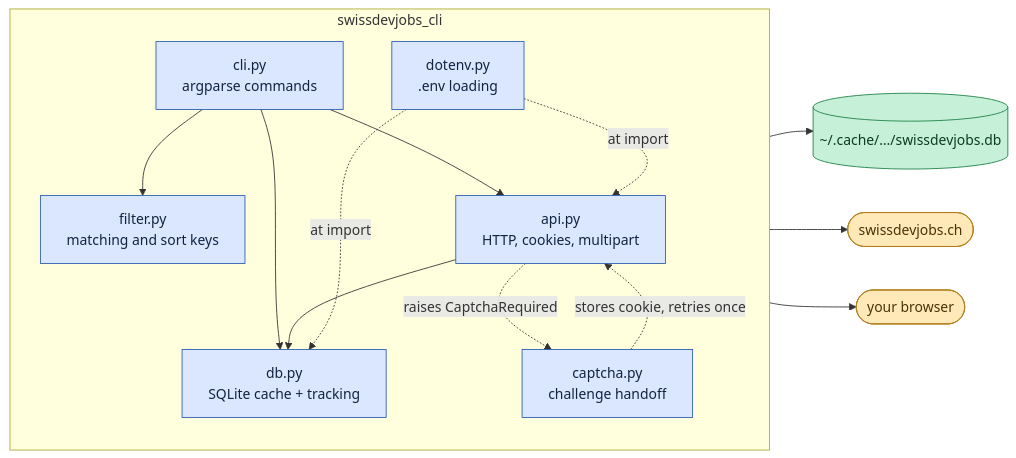
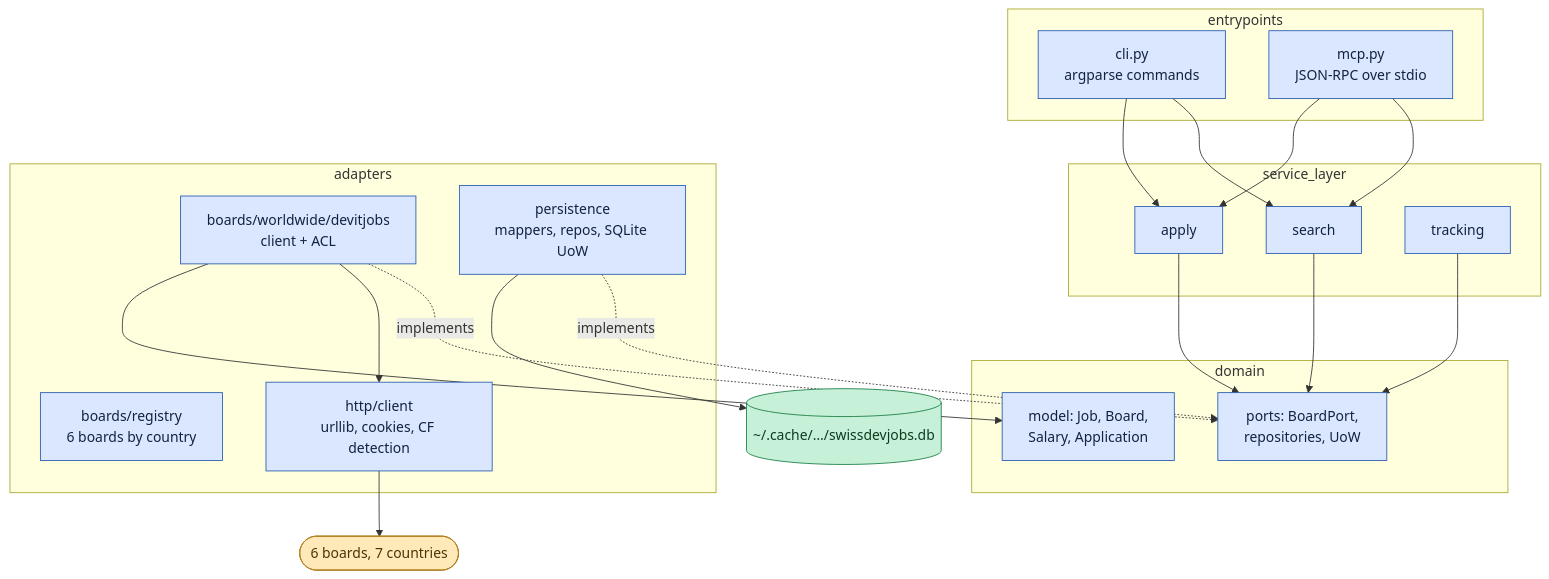
The fifth of 7 diagrams in README.md (Stupidoodle/swissdevjobs-cli), drawn with Mermaid before and after one commit. The commit also changed other lines of this file and 5 other files, not shown here.

````diff
--- a/README.md
+++ b/README.md
@@ -467,33 +505,44 @@
 ```mermaid
-flowchart LR
-    subgraph CLI["swissdevjobs_cli"]
-        direction TB
-        C["cli.py<br/>argparse commands"]
-        F["filter.py<br/>matching and sort keys"]
-        D["db.py<br/>SQLite cache + tracking"]
-        A["api.py<br/>HTTP, cookies, multipart"]
-        K["captcha.py<br/>challenge handoff"]
-        E["dotenv.py<br/>.env loading"]
+flowchart TB
+    subgraph EP["entrypoints"]
+        CLI["cli.py<br/>argparse commands"]
+        MCP["mcp.py<br/>JSON-RPC over stdio"]
+    end
+    subgraph SL["service_layer"]
+        SEARCH["search"]
+        APPLY["apply"]
+        TRACK["tracking"]
+    end
+    subgraph AD["adapters"]
+        REG["boards/registry<br/>6 boards by country"]
+        DEVIT["boards/worldwide/devitjobs<br/>client + ACL"]
+        HTTP["http/client<br/>urllib, cookies, CF detection"]
+        PERS["persistence<br/>mappers, repos, SQLite UoW"]
+    end
+    subgraph DOM["domain"]
+        MODEL["model: Job, Board,<br/>Salary, Application"]
+        PORTS["ports: BoardPort,<br/>repositories, UoW"]
     end
 
-    C --> F
-    C --> D
-    C --> A
-    A --> D
-    A -.->|"raises CaptchaRequired"| K
-    K -.->|"stores cookie, retries once"| A
-    E -.->|"at import"| A
-    E -.->|"at import"| D
-
-    D --> SQL[("~/.cache/…/swissdevjobs.db")]
-    A --> NET(["swissdevjobs.ch"])
-    K --> BROWSER(["your browser"])
+    CLI --> SEARCH
+    MCP --> SEARCH
+    CLI --> APPLY
+    MCP --> APPLY
+    SEARCH --> PORTS
+    APPLY --> PORTS
+    TRACK --> PORTS
+    DEVIT -.implements.-> PORTS
+    PERS -.implements.-> PORTS
+    DEVIT --> HTTP
+    DEVIT --> MODEL
+    PERS --> SQL[("~/.cache/…/swissdevjobs.db")]
+    HTTP --> NET(["6 boards, 7 countries"])
 
     classDef mod fill:#dbe7ff,stroke:#2a5db0,color:#12233f
     classDef ext fill:#ffe9b8,stroke:#b07d1a,color:#4a3308
     classDef store fill:#c7f0d8,stroke:#1a7f45,color:#0b3d22
 
-    class C,F,D,A,K,E mod
-    class NET,BROWSER ext
+    class CLI,MCP,SEARCH,APPLY,TRACK,REG,DEVIT,HTTP,PERS,MODEL,PORTS mod
+    class NET ext
     class SQL store
 ```
````
